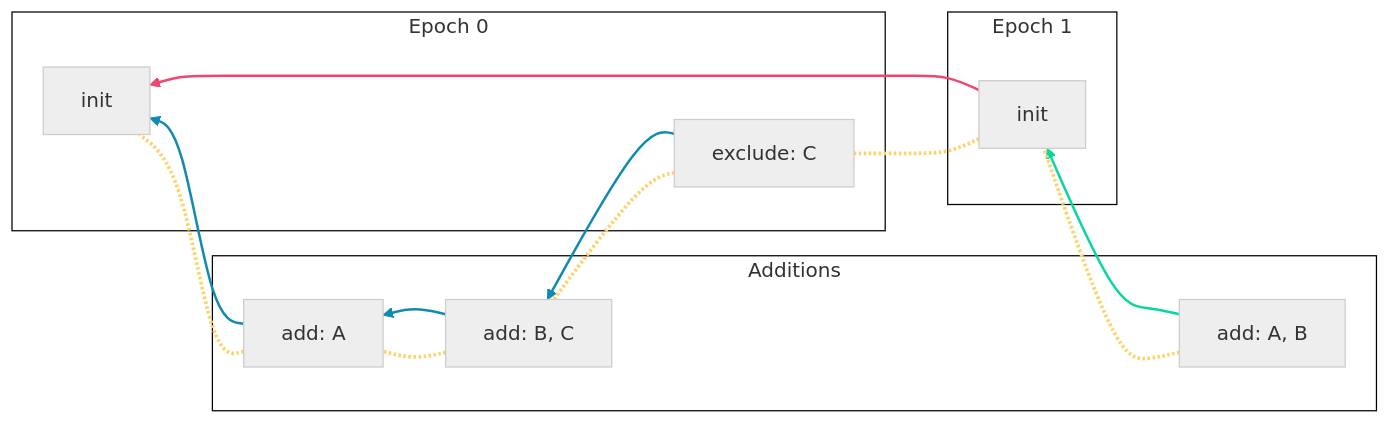
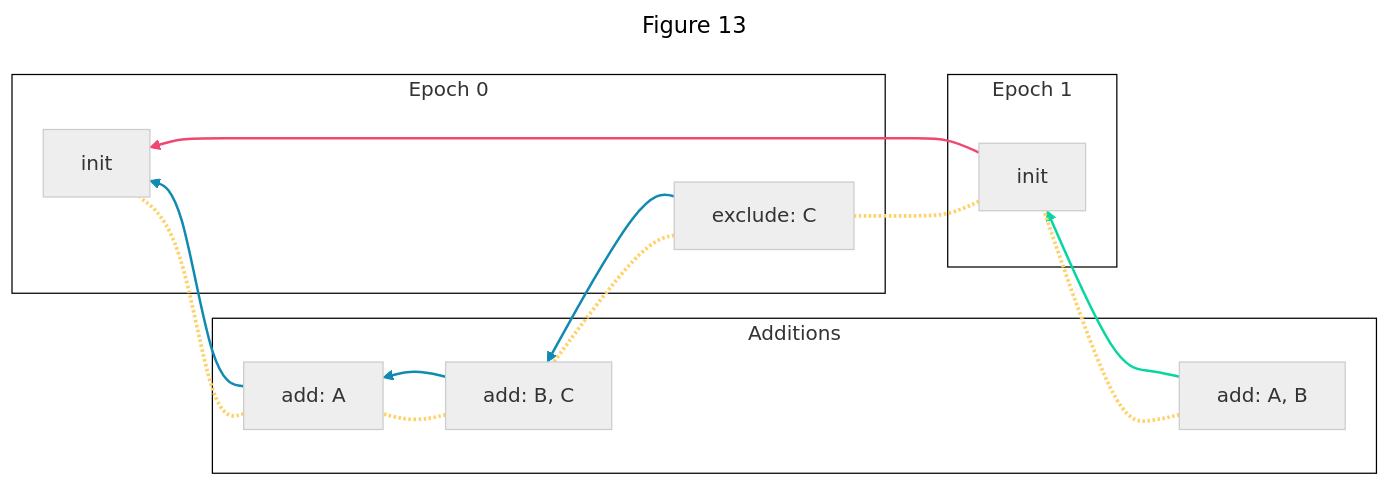
Before and after one commit to ssbc/ssb-group-exclusion-spec: diagram 13 of 14 in README.md, drawn with Mermaid (forest theme). The commit also changed other lines of this file, not shown here.

````diff
--- a/README.md
+++ b/README.md
@@ -674,38 +716,41 @@
 ```mermaid
+---
+title: Figure 13
+---
 flowchart RL
 
 subgraph Additions
   0_add_0[add: A]
   0_add_1[add: B, C]
   1_add_0[add: A, B]
 end
 
 subgraph epoch_0[Epoch 0]
   0_init[init]
 
   0_remove_2[exclude: C]
 end
 
 subgraph epoch_1[Epoch 1]
   1_init[init]
 end
 
 %% epoch tangle
 1_init --> 0_init
 linkStyle 0 stroke:#EF476F,stroke-width:2;
 
 %% members tangle - epoch 0
 0_remove_2 --> 0_add_1 --> 0_add_0 --> 0_init
 linkStyle 1,2,3 stroke:#118AB2,stroke-width:2;
 
 %% members tangle - epoch 1
 1_add_0 --> 1_init
 linkStyle 4 stroke:#06D6A0,stroke-width:2;
 
 %% group tangle
 1_add_0 -.- 1_init -.- 0_remove_2 -.- 0_add_1 -.- 0_add_0 -.- 0_init
 linkStyle 5,6,7,8,9 stroke:#FFD166,stroke-width:3;
 
 classDef default stroke:#ccc,fill:#eee,color:#333;
 classDef cluster fill:#fff,stroke:#000,color:#333;
 ```
````
